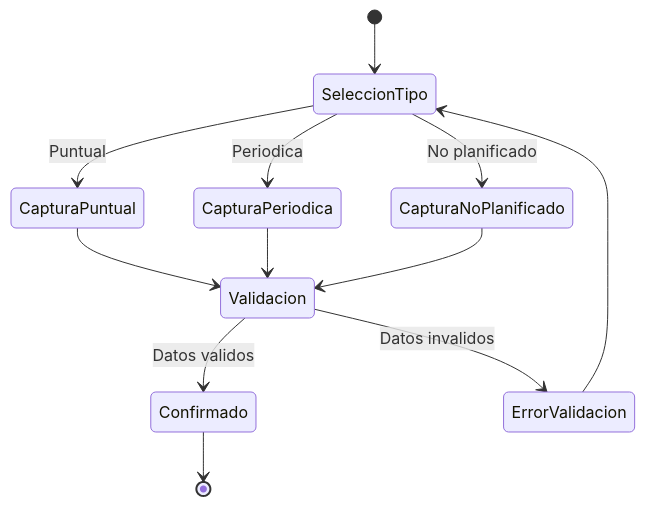
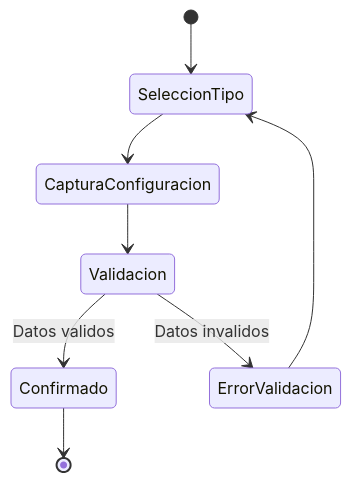
Before and after one commit to serpegon11710-byte/Planificacion_2.0: the diagram in docs/casos-uso/UC-01.5-captura-datos-planificacion.md, drawn with Mermaid. The commit also changed other lines of this file and 3 other files, not shown here.

````diff
--- a/docs/casos-uso/UC-01.5-captura-datos-planificacion.md
+++ b/docs/casos-uso/UC-01.5-captura-datos-planificacion.md
@@ -21,18 +23,13 @@
 ```mermaid
 stateDiagram-v2
    [*] --> SeleccionTipo
 
-   SeleccionTipo --> CapturaPuntual: Puntual
-   SeleccionTipo --> CapturaPeriodica: Periodica
-   SeleccionTipo --> CapturaNoPlanificado: No planificado
-
-   CapturaPuntual --> Validacion
-   CapturaPeriodica --> Validacion
-   CapturaNoPlanificado --> Validacion
+   SeleccionTipo --> CapturaConfiguracion
+   CapturaConfiguracion --> Validacion
 
    Validacion --> Confirmado: Datos validos
    Validacion --> ErrorValidacion: Datos invalidos
 
    ErrorValidacion --> SeleccionTipo
    Confirmado --> [*]
 ```
````
